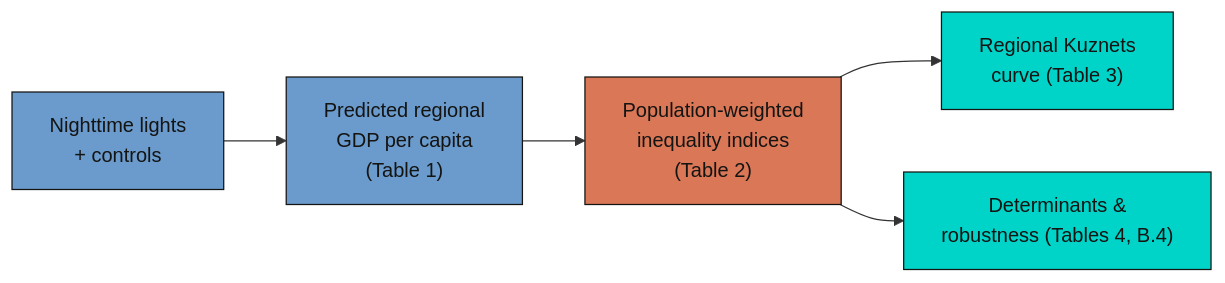
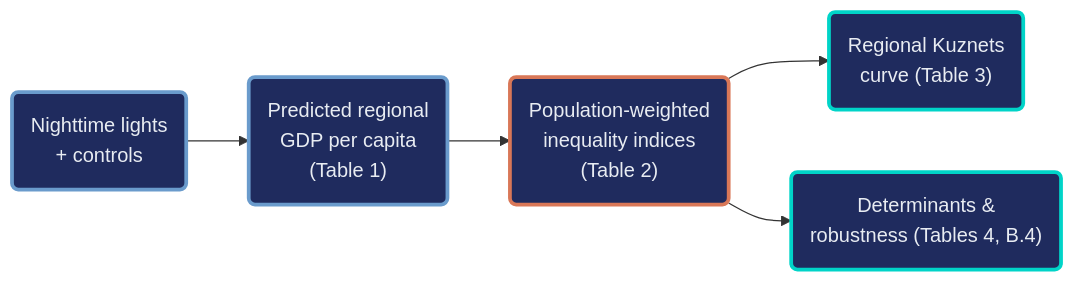
One commit to cmg777/starter-academic-v501 changed the diagram in content/post/python_kuznets_dmsp/index.md. Above: the diagram before and after it, drawn with Mermaid. The commit also changed 16 other files, not shown here.

First line of the commit message:
content(mermaid): restyle flowcharts in Python posts, batch 1 of 2

````diff
--- a/content/post/python_kuznets_dmsp/index.md
+++ b/content/post/python_kuznets_dmsp/index.md
@@ -120,12 +120,13 @@
 ```mermaid
 flowchart LR
-  A["Nighttime lights<br/>+ controls"] --> B["Predicted regional<br/>GDP per capita<br/>(Table 1)"]
-  B --> C["Population-weighted<br/>inequality indices<br/>(Table 2)"]
-  C --> D["Regional Kuznets<br/>curve (Table 3)"]
-  C --> E["Determinants &<br/>robustness (Tables 4, B.4)"]
-  style A fill:#6a9bcc,stroke:#141413,color:#141413
-  style B fill:#6a9bcc,stroke:#141413,color:#141413
-  style C fill:#d97757,stroke:#141413,color:#141413
-  style D fill:#00d4c8,stroke:#141413,color:#141413
-  style E fill:#00d4c8,stroke:#141413,color:#141413
+  A("Nighttime lights<br/>+ controls") --> B("Predicted regional<br/>GDP per capita<br/>(Table 1)")
+  B --> C("Population-weighted<br/>inequality indices<br/>(Table 2)")
+  C --> D("Regional Kuznets<br/>curve (Table 3)")
+  C --> E("Determinants &<br/>robustness (Tables 4, B.4)")
+    classDef blue fill:#1f2b5e,stroke:#6a9bcc,stroke-width:3px,color:#e8ecf2
+    classDef orange fill:#1f2b5e,stroke:#d97757,stroke-width:3px,color:#e8ecf2
+    classDef teal fill:#1f2b5e,stroke:#00d4c8,stroke-width:3px,color:#e8ecf2
+    class A,B blue
+    class C orange
+    class D,E teal
 ```
````
